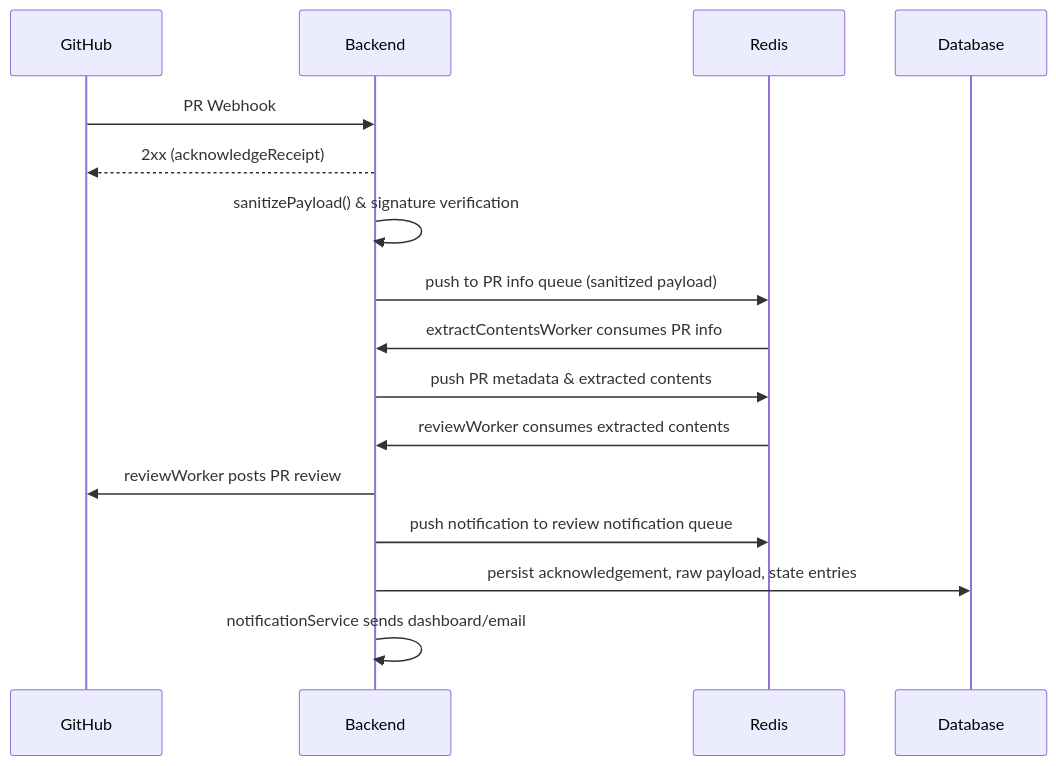
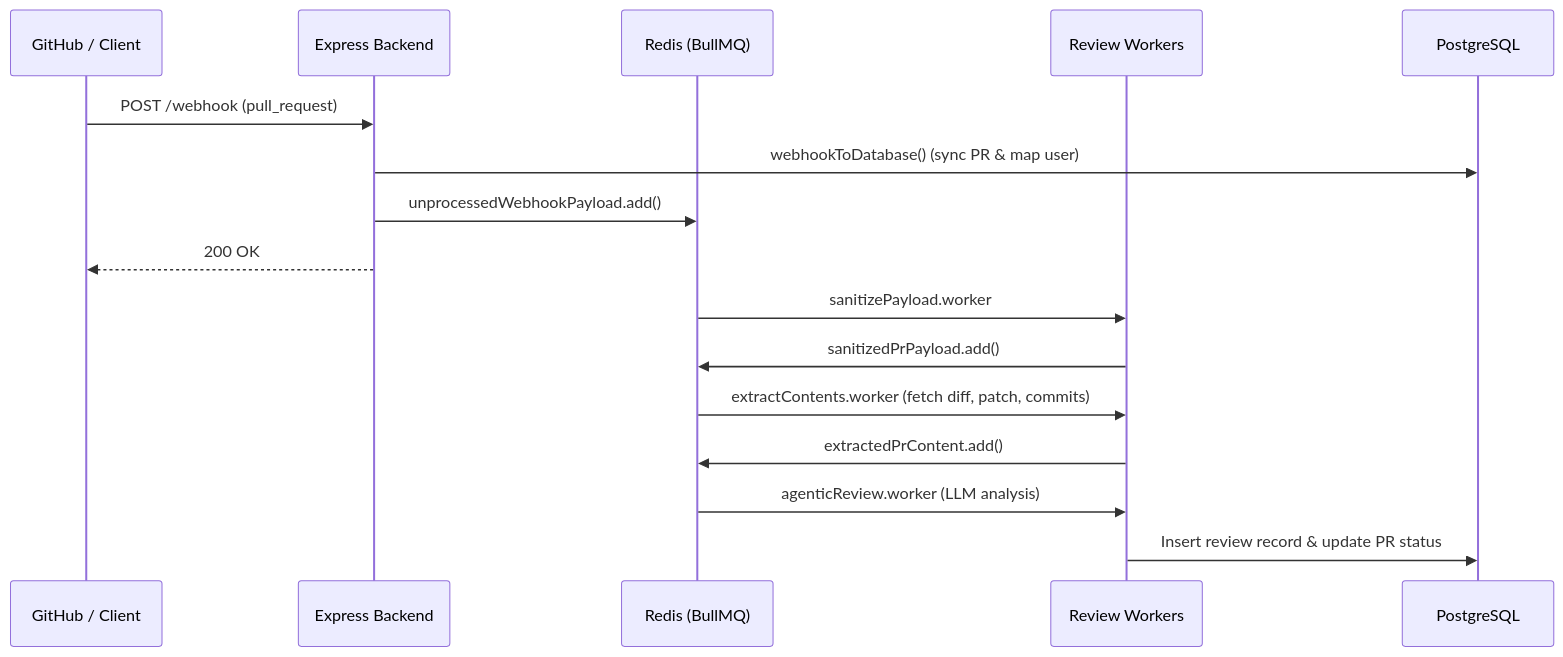
The first of 2 diagrams in docs/architecture/architecture.md (dev-hari-prasad/go-better), drawn with Mermaid before and after one commit. The commit also changed other lines of this file and 270 other files, not shown here.

````diff
--- a/docs/architecture/architecture.md
+++ b/docs/architecture/architecture.md
@@ -27,19 +12,19 @@
 ```mermaid
 sequenceDiagram
-    participant GH as GitHub
-    participant BE as Backend
-    participant R as Redis
-    participant DB as Database
+    participant GH as GitHub / Client
+    participant BE as Express Backend
+    participant R as Redis (BullMQ)
+    participant W as Review Workers
+    participant DB as PostgreSQL
 
-    GH->>BE: PR Webhook
-    BE-->>GH: 2xx (acknowledgeReceipt)
-    BE->>BE: sanitizePayload() & signature verification
-    BE->>R: push to PR info queue (sanitized payload)
-    R->>BE: extractContentsWorker consumes PR info
-    BE->>R: push PR metadata & extracted contents
-    R->>BE: reviewWorker consumes extracted contents
-    BE->>GH: reviewWorker posts PR review
-    BE->>R: push notification to review notification queue
-    BE->>DB: persist acknowledgement, raw payload, state entries
-    BE->>BE: notificationService sends dashboard/email
+    GH->>BE: POST /webhook (pull_request)
+    BE->>DB: webhookToDatabase() (sync PR & map user)
+    BE->>R: unprocessedWebhookPayload.add()
+    BE-->>GH: 200 OK
+    R->>W: sanitizePayload.worker
+    W->>R: sanitizedPrPayload.add()
+    R->>W: extractContents.worker (fetch diff, patch, commits)
+    W->>R: extractedPrContent.add()
+    R->>W: agenticReview.worker (LLM analysis)
+    W->>DB: Insert review record & update PR status
 ```
````
